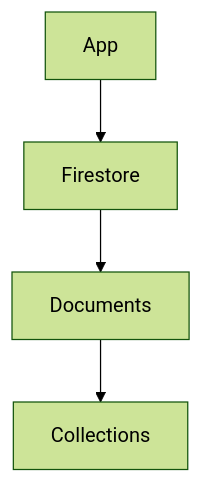
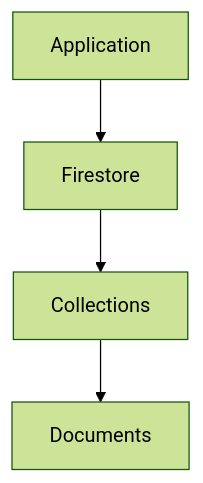
Before and after one commit to conti0513/development_public: the fifth of 10 diagrams in 06_LAB/01_GCP_ACE_HACK/sessions_ver262/06_database.md, drawn with Mermaid (forest theme). The commit also changed other lines of this file and 9 other files, not shown here.

````diff
--- a/06_LAB/01_GCP_ACE_HACK/sessions_ver262/06_database.md
+++ b/06_LAB/01_GCP_ACE_HACK/sessions_ver262/06_database.md
@@ -208,6 +262,6 @@
 ```mermaid
 graph TD
-App --> Firestore
-Firestore --> Documents
-Documents --> Collections
+Application --> Firestore
+Firestore --> Collections
+Collections --> Documents
 ```
````
